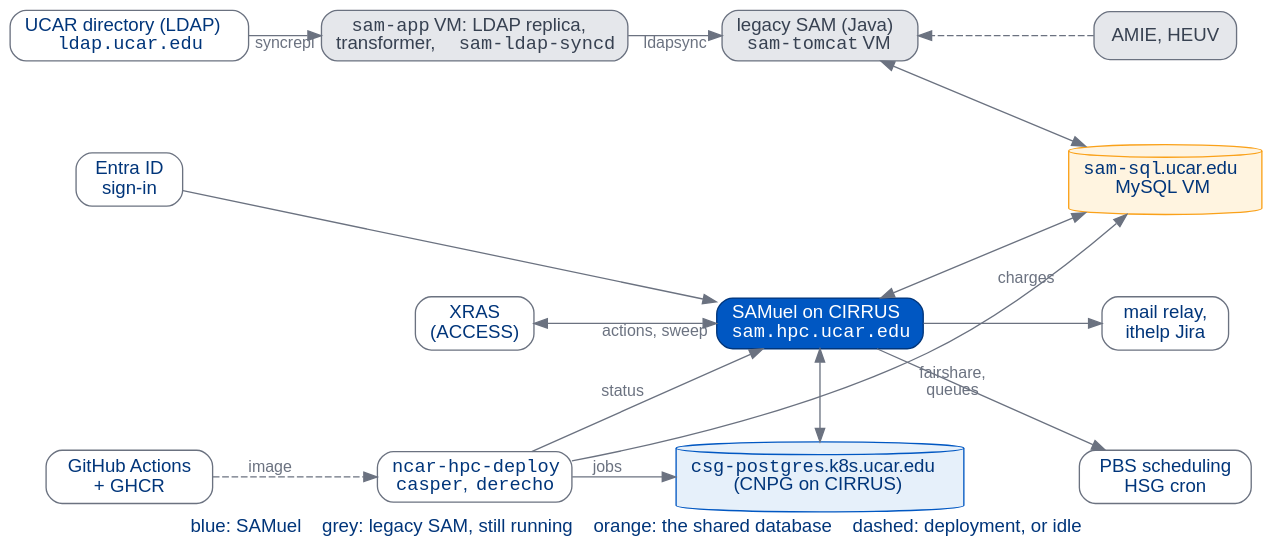
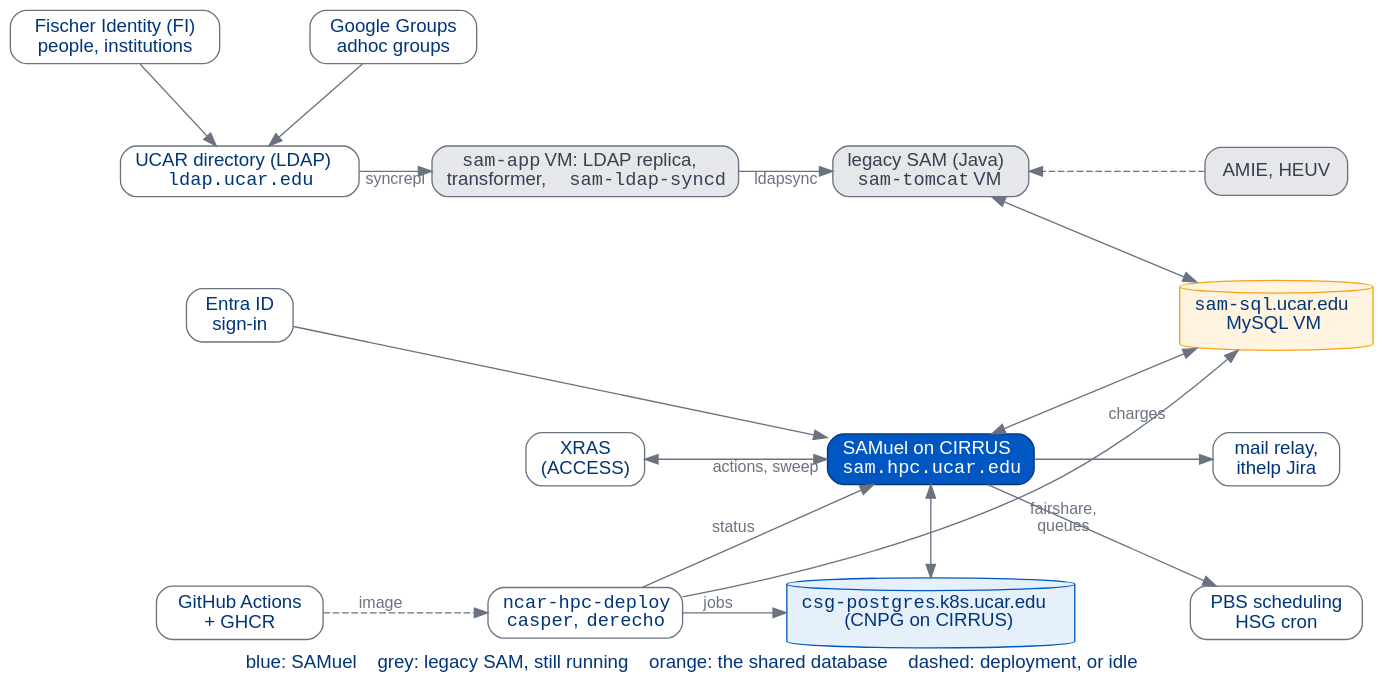
One commit to benkirk/sam-queries changed the first of 7 diagrams in docs/presentations/samuel/_4-systems.qmd. Above: the diagram before and after it, drawn with Graphviz. The commit also changed other lines of this file and 47 other files, not shown here.

````diff
--- a/docs/presentations/samuel/_4-systems.qmd
+++ b/docs/presentations/samuel/_4-systems.qmd
@@ -15,49 +16,53 @@
 ```{dot}
 //| fig-width: 10
 digraph Map {
   graph [layout=neato, splines=true, bgcolor="transparent",
          fontname="Helvetica", fontsize=14, fontcolor="#00357A",
          label="blue: SAMuel    grey: legacy SAM, still running    orange: the shared database    dashed: deployment, or idle",
          labelloc=b];
   node  [shape=box, style="rounded,filled", fontname="Helvetica", fontsize=14,
          fillcolor="#FFFFFF", color="#6B7280", fontcolor="#00357A", margin="0.15,0.07"];
   edge  [fontname="Helvetica", fontsize=12, color="#6B7280", fontcolor="#6B7280"];
 
+  fi      [label="Fischer Identity (FI)\npeople, institutions", pos="-1.3,5.6!"];
+  gg      [label="Google Groups\nadhoc groups", pos="1.6,5.6!"];
   dir     [label=<UCAR directory (LDAP)<BR/><FONT FACE="Courier">ldap.ucar.edu</FONT>>, pos="0,4.2!"];
   helpers [label=<<FONT FACE="Courier">sam-app</FONT>&#160;VM: LDAP replica,<BR/>transformer,&#160;<FONT FACE="Courier">sam-ldap-syncd</FONT>>, pos="3.6,4.2!",
            fillcolor="#E5E7EB", fontcolor="#374151"];
   tomcat  [label=<legacy SAM (Java)<BR/><FONT FACE="Courier">sam-tomcat</FONT>&#160;VM>, pos="7.2,4.2!",
            fillcolor="#E5E7EB", fontcolor="#374151"];
   other   [label="AMIE, HEUV", pos="10.8,4.2!", fillcolor="#E5E7EB", fontcolor="#374151"];
 
   entra   [label="Entra ID\nsign-in", pos="0,2.7!"];
   sql     [label=<<FONT FACE="Courier">sam-sql</FONT>.ucar.edu<BR/>MySQL VM>, pos="10.8,2.7!", shape=cylinder,
            fillcolor="#FFF4E0", color="#FAA119"];
 
   xras    [label="XRAS\n(ACCESS)", pos="3.6,1.2!"];
   samuel  [label=<SAMuel on CIRRUS<BR/><FONT FACE="Courier">sam.hpc.ucar.edu</FONT>>, pos="7.2,1.2!",
            fillcolor="#0057C2", color="#00357A", fontcolor="#FFFFFF"];
   mail    [label="mail relay,\nithelp Jira", pos="10.8,1.2!"];
 
   gh      [label="GitHub Actions\n+ GHCR", pos="0,-0.4!"];
   lanes   [label=<<FONT FACE="Courier">ncar-hpc-deploy</FONT><BR/><FONT FACE="Courier">casper</FONT>,&#160;<FONT FACE="Courier">derecho</FONT>>, pos="3.6,-0.4!"];
   pg      [label=<<FONT FACE="Courier">csg-postgres</FONT>.k8s.ucar.edu<BR/>(CNPG on CIRRUS)>, pos="7.2,-0.4!", shape=cylinder,
            fillcolor="#E6F0FA", color="#0057C2"];
   pbs     [label="PBS scheduling\nHSG cron", pos="10.8,-0.4!"];
 
+  fi -> dir;
+  gg -> dir;
   dir -> helpers [label="syncrepl"];
   helpers -> tomcat [label="ldapsync"];
   other -> tomcat [style=dashed];
   tomcat -> sql [dir=both];
   samuel -> sql [dir=both];
   entra -> samuel;
   samuel -> mail;
   xras -> samuel [dir=both, label="actions, sweep"];
   samuel -> pg [dir=both];
   samuel -> pbs [label="fairshare,\nqueues"];
   lanes -> samuel [label="status"];
   lanes -> pg [label="jobs"];
   lanes -> sql [headlabel="charges", labeldistance=9, labelangle=-8];
   gh -> lanes [style=dashed, label="image"];
 }
 ```
````
